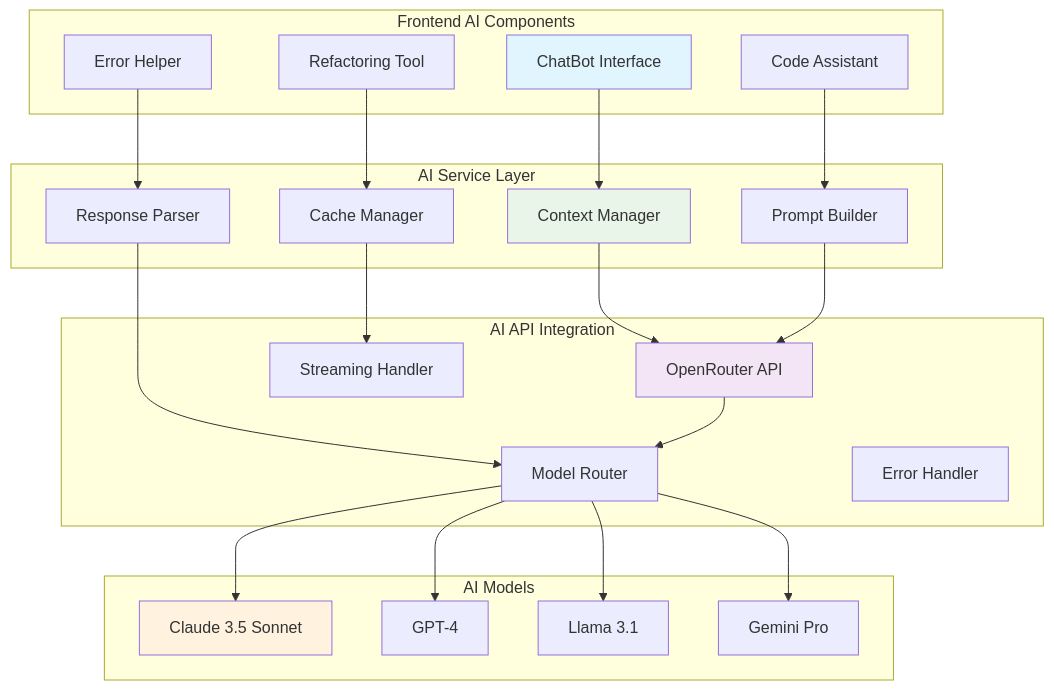
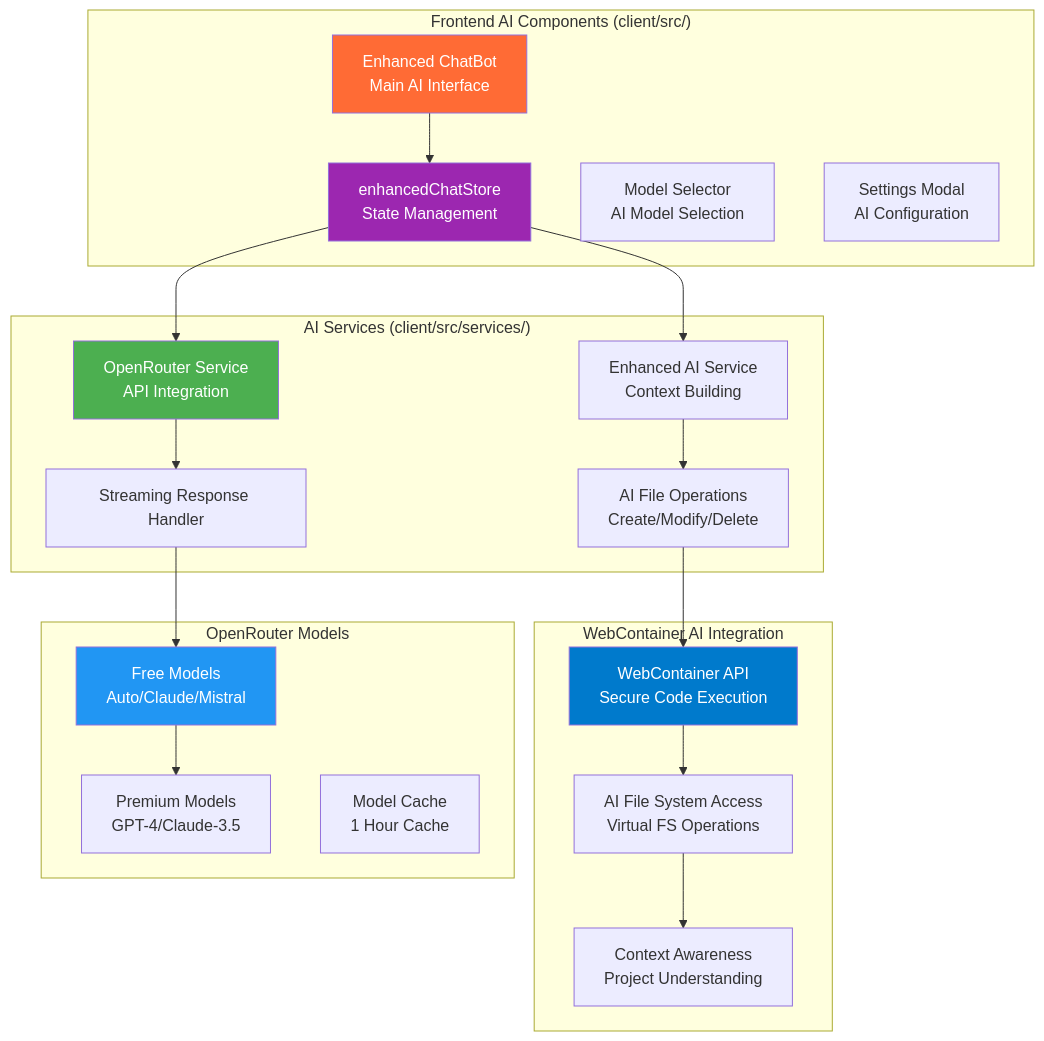
The first of 4 diagrams in markdown-docs/05-ai-integration.md (nishant-iith/autocode), drawn with Mermaid before and after one commit. The commit also changed other lines of this file and 5 other files, not shown here.

````diff
--- a/markdown-docs/05-ai-integration.md
+++ b/markdown-docs/05-ai-integration.md
@@ -9,51 +9,47 @@
 ```mermaid
 graph TB
-    subgraph "Frontend AI Components"
-        ChatBot[ChatBot Interface]
-        CodeAssistant[Code Assistant]
-        ErrorHelper[Error Helper]
-        RefactoringTool[Refactoring Tool]
+    subgraph "Frontend AI Components (client/src/)"
+        EnhancedChatBot[Enhanced ChatBot<br/>Main AI Interface]
+        ChatStore[enhancedChatStore<br/>State Management]
+        ModelSelector[Model Selector<br/>AI Model Selection]
+        SettingsModal[Settings Modal<br/>AI Configuration]
     end
 
-    subgraph "AI Service Layer"
-        ContextManager[Context Manager]
-        PromptBuilder[Prompt Builder]
-        ResponseParser[Response Parser]
-        CacheManager[Cache Manager]
+    subgraph "AI Services (client/src/services/)"
+        OpenRouterService[OpenRouter Service<br/>API Integration]
+        EnhancedAIService[Enhanced AI Service<br/>Context Building]
+        AIFileOperations[AI File Operations<br/>Create/Modify/Delete]
+        StreamingHandler[Streaming Response Handler]
     end
 
-    subgraph "AI API Integration"
-        OpenRouter[OpenRouter API]
-        ModelRouter[Model Router]
-        StreamingHandler[Streaming Handler]
-        ErrorHandler[Error Handler]
+    subgraph "WebContainer AI Integration"
+        WebContainerAPI[WebContainer API<br/>Secure Code Execution]
+        AIFileSystem[AI File System Access<br/>Virtual FS Operations]
+        ContextAwareness[Context Awareness<br/>Project Understanding]
     end
 
-    subgraph "AI Models"
-        Claude[Claude 3.5 Sonnet]
-        GPT4[GPT-4]
-        Llama[Llama 3.1]
-        Gemini[Gemini Pro]
+    subgraph "OpenRouter Models"
+        FreeModels[Free Models<br/>Auto/Claude/Mistral]
+        PremiumModels[Premium Models<br/>GPT-4/Claude-3.5]
+        CachedModels[Model Cache<br/>1 Hour Cache]
     end
 
-    ChatBot --> ContextManager
-    CodeAssistant --> PromptBuilder
-    ErrorHelper --> ResponseParser
-    RefactoringTool --> CacheManager
+    EnhancedChatBot --> ChatStore
+    ChatStore --> OpenRouterService
+    ChatStore --> EnhancedAIService
+    EnhancedAIService --> AIFileOperations
 
-    ContextManager --> OpenRouter
-    PromptBuilder --> OpenRouter
-    ResponseParser --> ModelRouter
-    CacheManager --> StreamingHandler
+    OpenRouterService --> StreamingHandler
+    StreamingHandler --> FreeModels
+    FreeModels --> PremiumModels
 
-    OpenRouter --> ModelRouter
-    ModelRouter --> Claude
-    ModelRouter --> GPT4
-    ModelRouter --> Llama
-    ModelRouter --> Gemini
+    AIFileOperations --> WebContainerAPI
+    WebContainerAPI --> AIFileSystem
+    AIFileSystem --> ContextAwareness
 
-    style ChatBot fill:#e1f5fe
-    style ContextManager fill:#e8f5e8
-    style OpenRouter fill:#f3e5f5
-    style Claude fill:#fff3e0
+    style EnhancedChatBot fill:#FF6B35,color:#fff
+    style ChatStore fill:#9C27B0,color:#fff
+    style OpenRouterService fill:#4CAF50,color:#fff
+    style WebContainerAPI fill:#007ACC,color:#fff
+    style FreeModels fill:#2196F3,color:#fff
 ```
````
